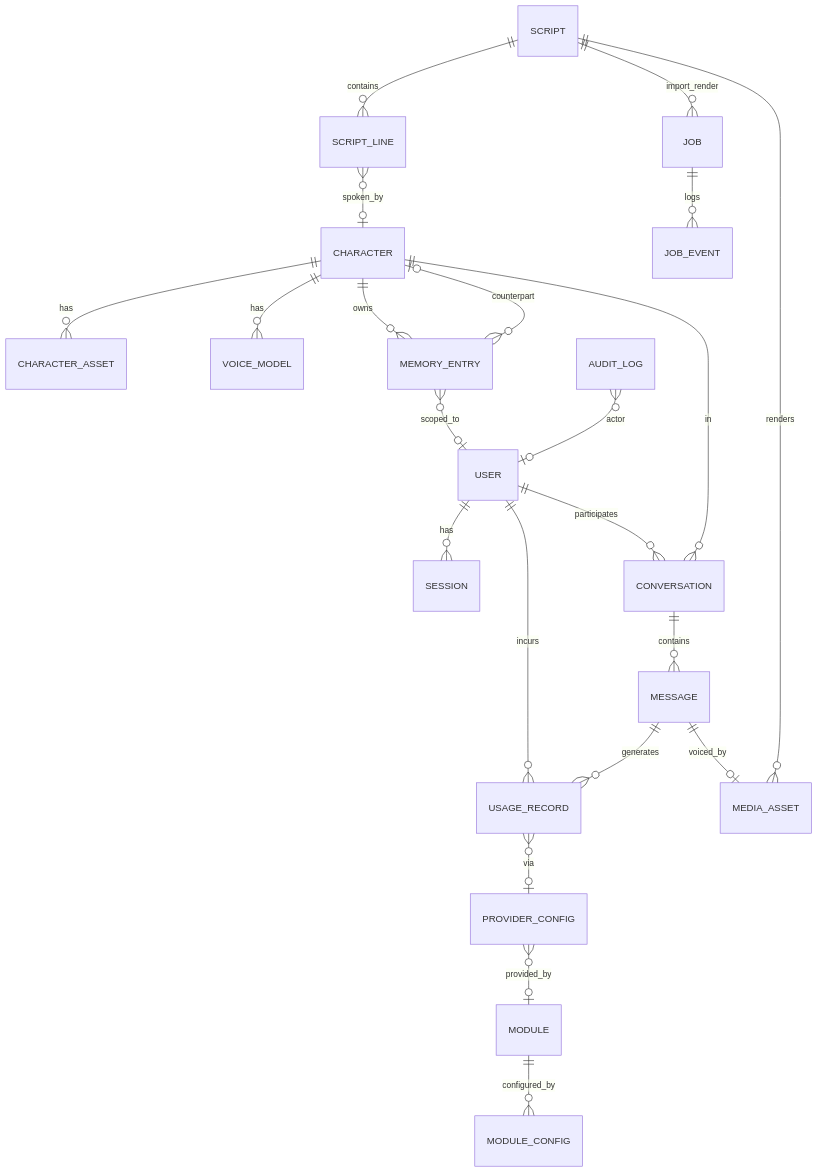
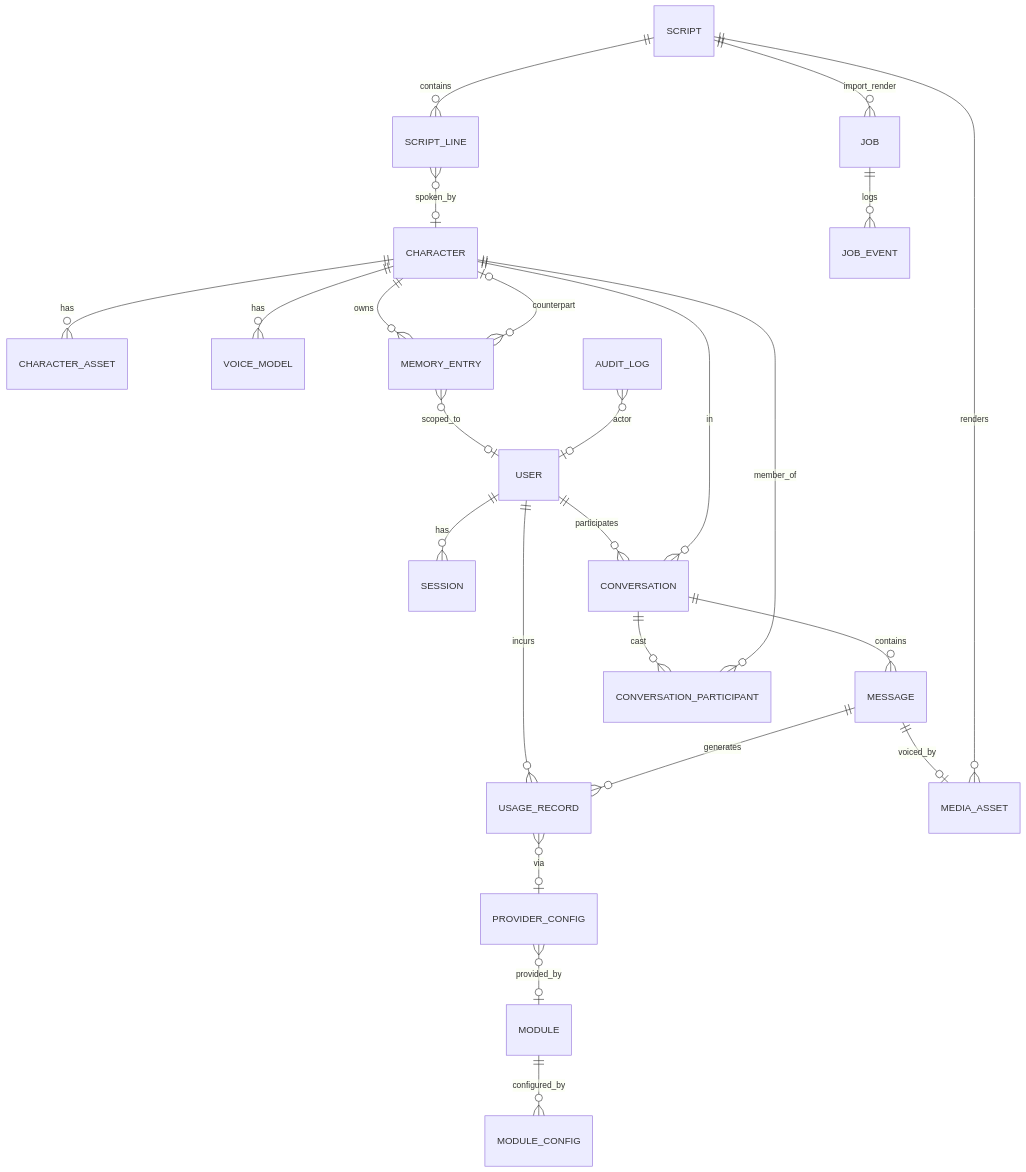
One commit to Nagino-Reina/NagiFlow changed the diagram in docs/04-data-model-and-storage.md. Above: the diagram before and after it, drawn with Mermaid. The commit also changed other lines of this file and 16 other files, not shown here.

````diff
--- a/docs/04-data-model-and-storage.md
+++ b/docs/04-data-model-and-storage.md
@@ -66,30 +67,32 @@
 ```mermaid
 erDiagram
     USER ||--o{ SESSION : has
     USER ||--o{ CONVERSATION : participates
     USER ||--o{ USAGE_RECORD : incurs
 
     CHARACTER ||--o{ CHARACTER_ASSET : has
     CHARACTER ||--o{ VOICE_MODEL : has
     CHARACTER ||--o{ CONVERSATION : in
     CHARACTER ||--o{ MEMORY_ENTRY : owns
 
     CONVERSATION ||--o{ MESSAGE : contains
+    CONVERSATION ||--o{ CONVERSATION_PARTICIPANT : cast
+    CHARACTER ||--o{ CONVERSATION_PARTICIPANT : member_of
     MESSAGE ||--o| MEDIA_ASSET : voiced_by
     MESSAGE ||--o{ USAGE_RECORD : generates
 
     SCRIPT ||--o{ SCRIPT_LINE : contains
     SCRIPT ||--o{ JOB : import_render
     SCRIPT_LINE }o--o| CHARACTER : spoken_by
     SCRIPT ||--o{ MEDIA_ASSET : renders
 
     MEMORY_ENTRY }o--o| USER : scoped_to
     MEMORY_ENTRY }o--o| CHARACTER : counterpart
 
     MODULE ||--o{ MODULE_CONFIG : configured_by
     PROVIDER_CONFIG }o--o| MODULE : provided_by
 
     JOB ||--o{ JOB_EVENT : logs
     USAGE_RECORD }o--o| PROVIDER_CONFIG : via
     AUDIT_LOG }o--o| USER : actor
 ```
````
